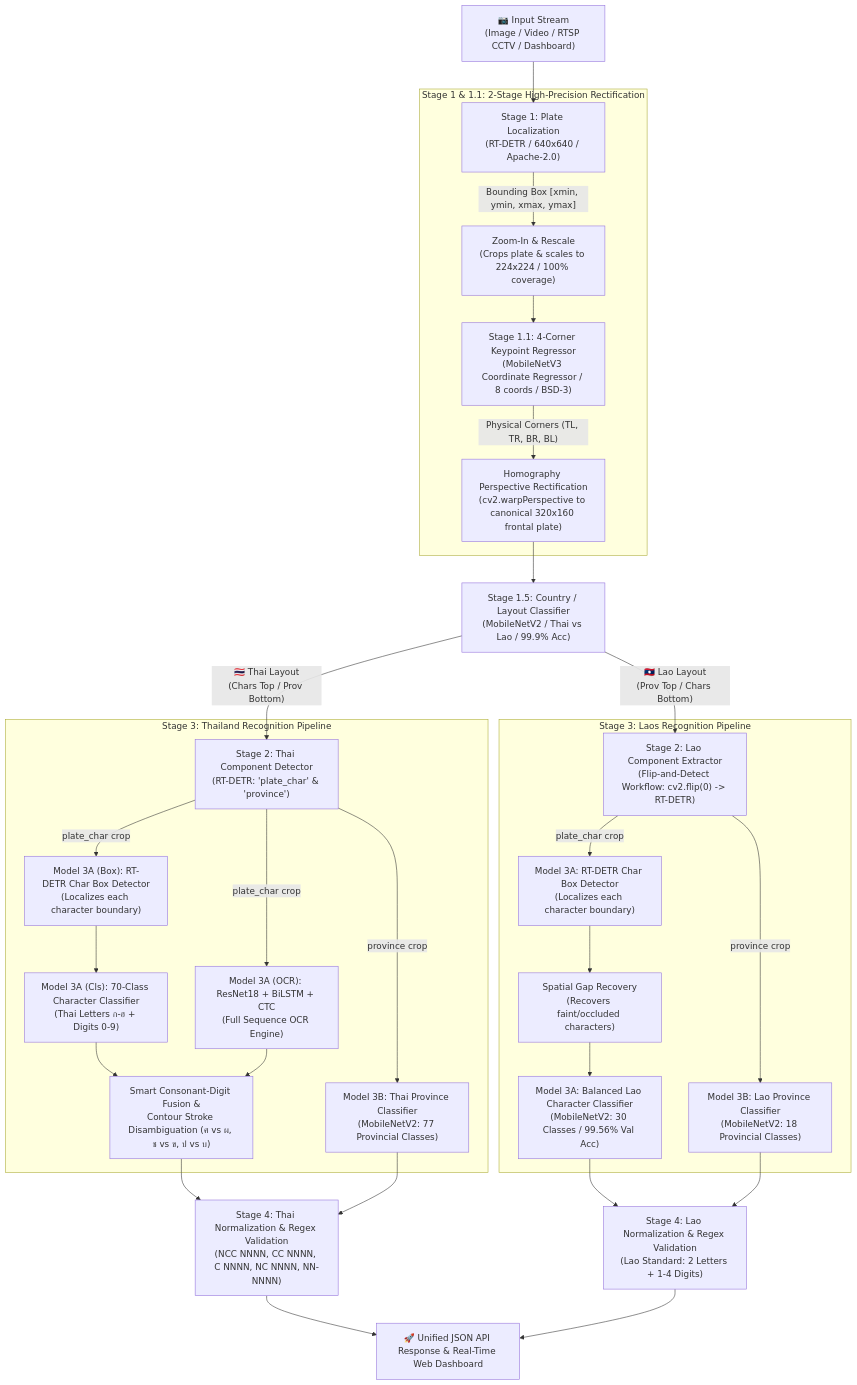
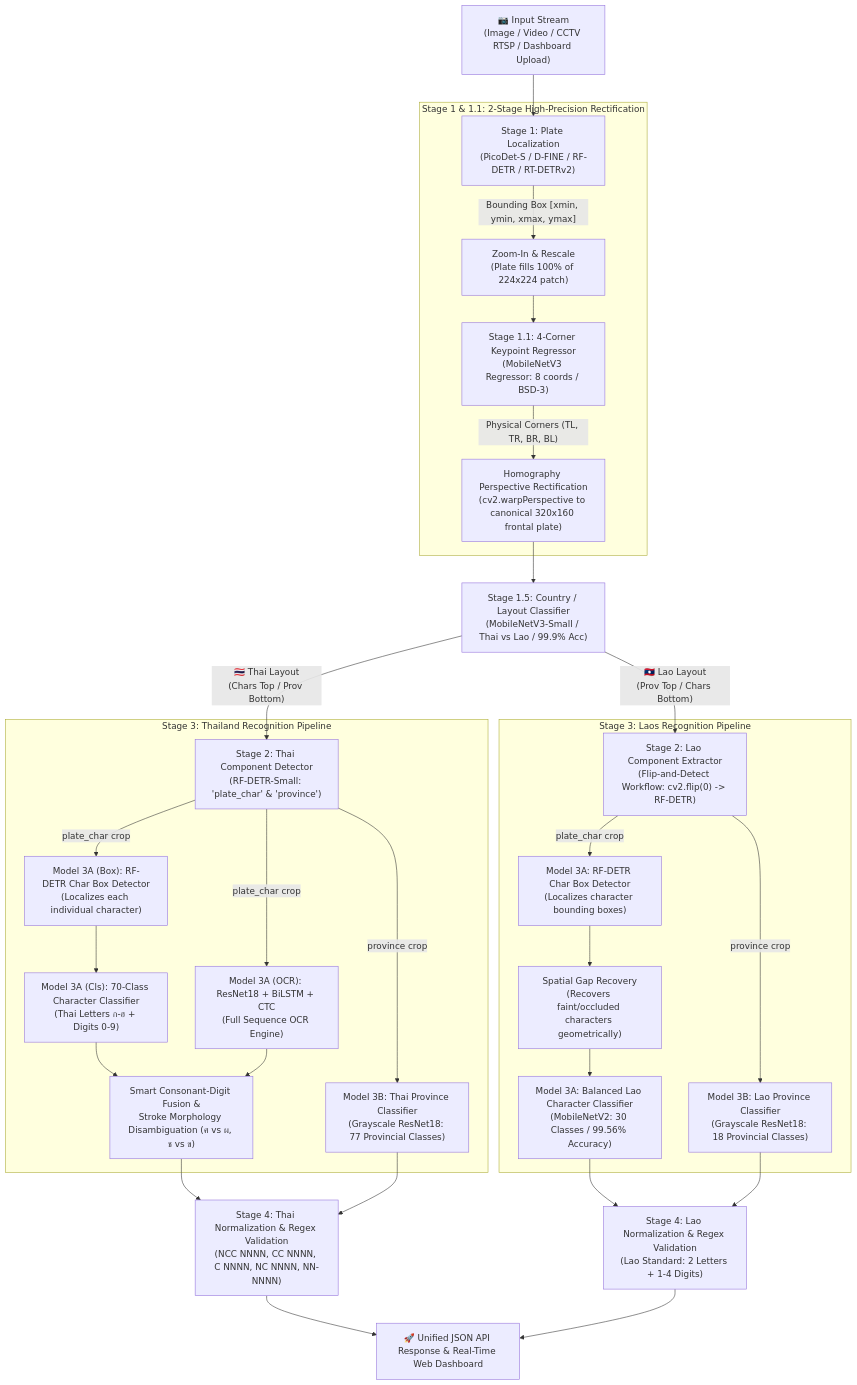
One commit to kwankhaosiva-repo/Thai-License-Plate-Recognition-API-old changed the first of 2 diagrams in README.md. Above: the diagram before and after it, drawn with Mermaid. The commit also changed other lines of this file and 1 other file, not shown here.

Commit message:
chore: update default model to D-FINE-Nano, enable CPU execution, and update documentation

````diff
--- a/README.md
+++ b/README.md
@@ -17,35 +33,35 @@
 ```mermaid
 flowchart TD
-    A["📷 Input Stream\n(Image / Video / RTSP CCTV / Dashboard)"] --> S1["Stage 1: Plate Localization\n(RT-DETR / 640x640 / Apache-2.0)"]
+    A["📷 Input Stream\n(Image / Video / CCTV RTSP / Dashboard Upload)"] --> S1["Stage 1: Plate Localization\n(PicoDet-S / D-FINE / RF-DETR / RT-DETRv2)"]
     
     subgraph STAGE1["Stage 1 & 1.1: 2-Stage High-Precision Rectification"]
-        S1 -->|"Bounding Box [xmin, ymin, xmax, ymax]"| S1_CROP["Zoom-In & Rescale\n(Crops plate & scales to 224x224 / 100% coverage)"]
-        S1_CROP --> S1_KEY["Stage 1.1: 4-Corner Keypoint Regressor\n(MobileNetV3 Coordinate Regressor / 8 coords / BSD-3)"]
+        S1 -->|"Bounding Box [xmin, ymin, xmax, ymax]"| S1_CROP["Zoom-In & Rescale\n(Plate fills 100% of 224x224 patch)"]
+        S1_CROP --> S1_KEY["Stage 1.1: 4-Corner Keypoint Regressor\n(MobileNetV3 Regressor: 8 coords / BSD-3)"]
         S1_KEY -->|"Physical Corners (TL, TR, BR, BL)"| S1_WARP["Homography Perspective Rectification\n(cv2.warpPerspective to canonical 320x160 frontal plate)"]
     end
 
-    S1_WARP --> S15["Stage 1.5: Country / Layout Classifier\n(MobileNetV2 / Thai vs Lao / 99.9% Acc)"]
+    S1_WARP --> S15["Stage 1.5: Country / Layout Classifier\n(MobileNetV3-Small / Thai vs Lao / 99.9% Acc)"]
 
-    S15 -->|"🇹🇭 Thai Layout\n(Chars Top / Prov Bottom)"| S2_TH["Stage 2: Thai Component Detector\n(RT-DETR: 'plate_char' & 'province')"]
-    S15 -->|"🇱🇦 Lao Layout\n(Prov Top / Chars Bottom)"| S2_LA["Stage 2: Lao Component Extractor\n(Flip-and-Detect Workflow: cv2.flip(0) -> RT-DETR)"]
+    S15 -->|"🇹🇭 Thai Layout\n(Chars Top / Prov Bottom)"| S2_TH["Stage 2: Thai Component Detector\n(RF-DETR-Small: 'plate_char' & 'province')"]
+    S15 -->|"🇱🇦 Lao Layout\n(Prov Top / Chars Bottom)"| S2_LA["Stage 2: Lao Component Extractor\n(Flip-and-Detect Workflow: cv2.flip(0) -> RF-DETR)"]
 
     subgraph STAGE3_TH["Stage 3: Thailand Recognition Pipeline"]
-        S2_TH -->|"plate_char crop"| TH_CHAR_BOX["Model 3A (Box): RT-DETR Char Box Detector\n(Localizes each character boundary)"]
+        S2_TH -->|"plate_char crop"| TH_CHAR_BOX["Model 3A (Box): RF-DETR Char Box Detector\n(Localizes each individual character)"]
         TH_CHAR_BOX --> TH_CHAR_CLS["Model 3A (Cls): 70-Class Character Classifier\n(Thai Letters ก-ฮ + Digits 0-9)"]
         S2_TH -->|"plate_char crop"| TH_OCR["Model 3A (OCR): ResNet18 + BiLSTM + CTC\n(Full Sequence OCR Engine)"]
-        TH_CHAR_CLS & TH_OCR --> TH_FUSION["Smart Consonant-Digit Fusion &\nContour Stroke Disambiguation (ศ vs ผ, ช vs ข, ป vs บ)"]
-        S2_TH -->|"province crop"| TH_PROV["Model 3B: Thai Province Classifier\n(MobileNetV2: 77 Provincial Classes)"]
+        TH_CHAR_CLS & TH_OCR --> TH_FUSION["Smart Consonant-Digit Fusion &\nStroke Morphology Disambiguation (ศ vs ผ, ช vs ข)"]
+        S2_TH -->|"province crop"| TH_PROV["Model 3B: Thai Province Classifier\n(Grayscale ResNet18: 77 Provincial Classes)"]
     end
 
     subgraph STAGE3_LA["Stage 3: Laos Recognition Pipeline"]
-        S2_LA -->|"plate_char crop"| LA_CHAR_BOX["Model 3A: RT-DETR Char Box Detector\n(Localizes each character boundary)"]
-        LA_CHAR_BOX --> LA_GAP["Spatial Gap Recovery\n(Recovers faint/occluded characters)"]
-        LA_GAP --> LA_CHAR_CLS["Model 3A: Balanced Lao Character Classifier\n(MobileNetV2: 30 Classes / 99.56% Val Acc)"]
-        S2_LA -->|"province crop"| LA_PROV["Model 3B: Lao Province Classifier\n(MobileNetV2: 18 Provincial Classes)"]
+        S2_LA -->|"plate_char crop"| LA_CHAR_BOX["Model 3A: RF-DETR Char Box Detector\n(Localizes character bounding boxes)"]
+        LA_CHAR_BOX --> LA_GAP["Spatial Gap Recovery\n(Recovers faint/occluded characters geometrically)"]
+        LA_GAP --> LA_CHAR_CLS["Model 3A: Balanced Lao Character Classifier\n(MobileNetV2: 30 Classes / 99.56% Accuracy)"]
+        S2_LA -->|"province crop"| LA_PROV["Model 3B: Lao Province Classifier\n(Grayscale ResNet18: 18 Provincial Classes)"]
     end
 
     TH_FUSION & TH_PROV --> S4_TH["Stage 4: Thai Normalization & Regex Validation\n(NCC NNNN, CC NNNN, C NNNN, NC NNNN, NN-NNNN)"]
     LA_CHAR_CLS & LA_PROV --> S4_LA["Stage 4: Lao Normalization & Regex Validation\n(Lao Standard: 2 Letters + 1-4 Digits)"]
 
     S4_TH & S4_LA --> OUT["🚀 Unified JSON API Response & Real-Time Web Dashboard"]
 ```
````
